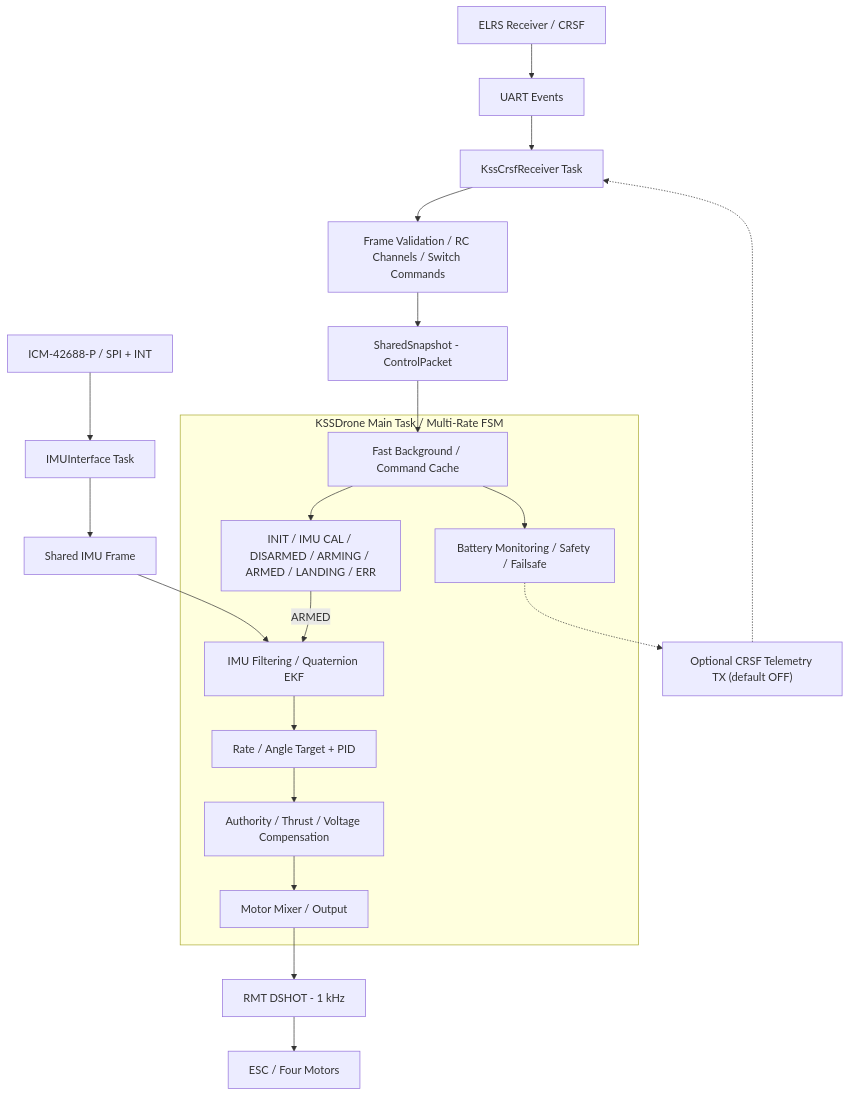
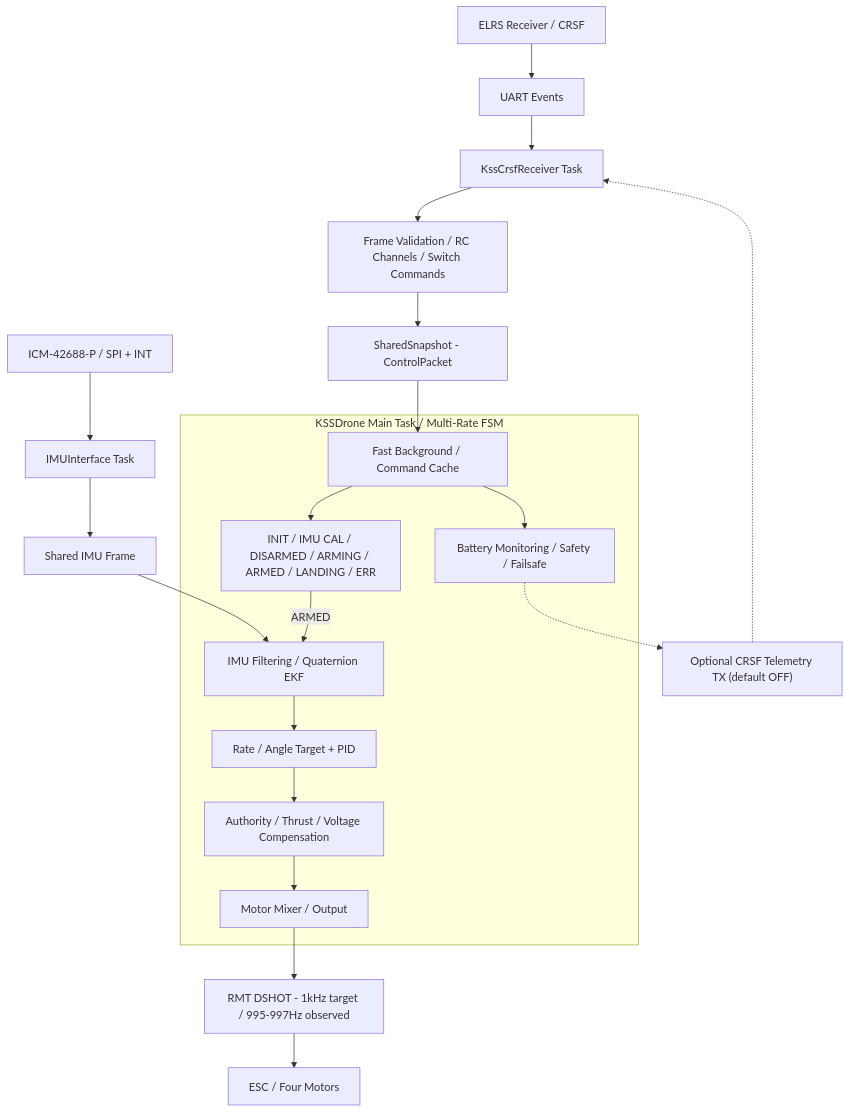
Before and after one commit to Nyamkani/kssdrone: the second of 2 diagrams in README.md, drawn with Mermaid. The commit also changed other lines of this file, not shown here.

Commit message:
docs: define v1.3-c as rate-alignment revision and clarify DSHOT 995-997Hz measured

````diff
--- a/README.md
+++ b/README.md
@@ -338,22 +351,22 @@
 ```mermaid
 flowchart TD
     ELRS["ELRS Receiver / CRSF"] --> UART["UART Events"]
     UART --> RX["KssCrsfReceiver Task"]
     RX --> PARSE["Frame Validation / RC Channels / Switch Commands"]
     PARSE --> CMD["SharedSnapshot - ControlPacket"]
     IMU["ICM-42688-P / SPI + INT"] --> IMUTASK["IMUInterface Task"]
     IMUTASK --> IMUSNAP["Shared IMU Frame"]
     subgraph FC["KSSDrone Main Task / Multi-Rate FSM"]
         MAIN["Fast Background / Command Cache"] --> FSM["INIT / IMU CAL / DISARMED / ARMING / ARMED / LANDING / ERR"]
         FSM -->|ARMED| EST["IMU Filtering / Quaternion EKF"]
         EST --> CTRL["Rate / Angle Target + PID"]
         CTRL --> COMP["Authority / Thrust / Voltage Compensation"]
         COMP --> MIX["Motor Mixer / Output"]
         MAIN --> BAT["Battery Monitoring / Safety / Failsafe"]
     end
     CMD --> MAIN
     IMUSNAP --> EST
-    MIX --> DSHOT["RMT DSHOT - 1 kHz"] --> ESC["ESC / Four Motors"]
+    MIX --> DSHOT["RMT DSHOT - 1kHz target / 995-997Hz observed"] --> ESC["ESC / Four Motors"]
     BAT -.-> TEL["Optional CRSF Telemetry TX (default OFF)"]
     TEL -.-> RX
 ```
````
